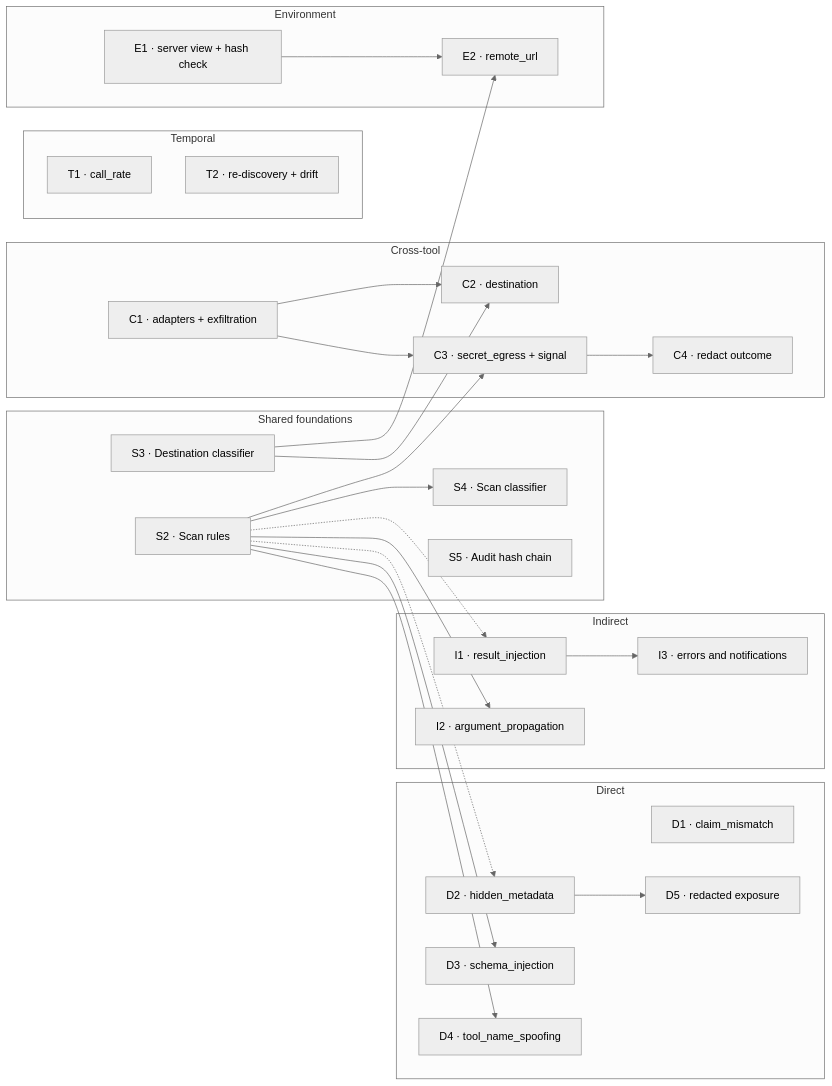
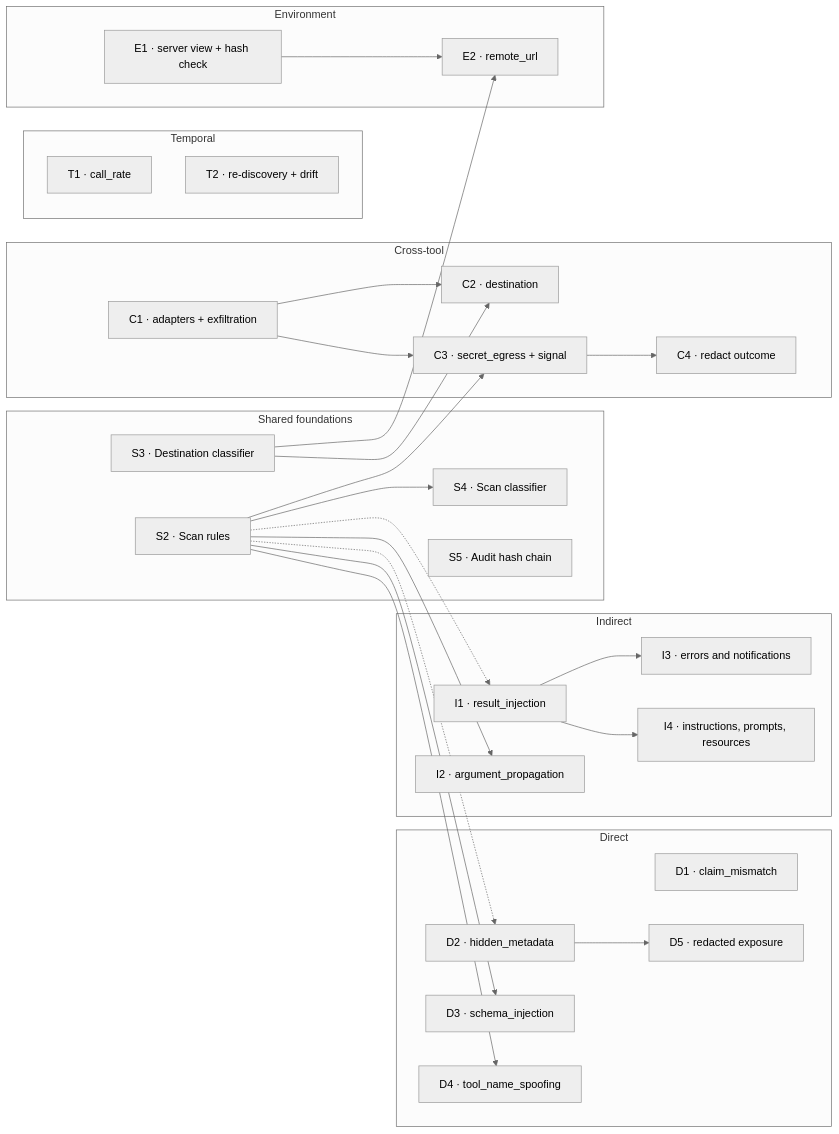
The diagram in docs/design/v4-defense-plan.md (taha-kahya/mcp-security-proxy), drawn with Mermaid (neutral theme) before and after one commit. The commit also changed other lines of this file and 2 other files, not shown here.

````diff
--- a/docs/design/v4-defense-plan.md
+++ b/docs/design/v4-defense-plan.md
@@ -95,50 +95,52 @@
 ```mermaid
 flowchart LR
   subgraph SH["Shared foundations"]
     S2["S2 · Scan rules"]
     S3["S3 · Destination classifier"]
     S4["S4 · Scan classifier"]
     S5["S5 · Audit hash chain"]
   end
   subgraph DI["Direct"]
     D1["D1 · claim_mismatch"]
     D2["D2 · hidden_metadata"]
     D3["D3 · schema_injection"]
     D4["D4 · tool_name_spoofing"]
     D5["D5 · redacted exposure"]
   end
   subgraph IN["Indirect"]
     I1["I1 · result_injection"]
     I2["I2 · argument_propagation"]
     I3["I3 · errors and notifications"]
+    I4["I4 · instructions, prompts, resources"]
   end
   subgraph CT["Cross-tool"]
     C1["C1 · adapters + exfiltration"]
     C2["C2 · destination"]
     C3["C3 · secret_egress + signal"]
     C4["C4 · redact outcome"]
   end
   subgraph TE["Temporal"]
     T1["T1 · call_rate"]
     T2["T2 · re-discovery + drift"]
   end
   subgraph EN["Environment"]
     E1["E1 · server view + hash check"]
     E2["E2 · remote_url"]
   end
   S2 -.-> D2
   S2 -.-> I1
   S2 --> S4
   S2 --> D3
   S2 --> D4
   S2 --> I2
   S2 --> C3
   S3 --> C2
   S3 --> E2
   C1 --> C2
   C1 --> C3
   C3 --> C4
   D2 --> D5
   I1 --> I3
+  I1 --> I4
   E1 --> E2
 ```
````
